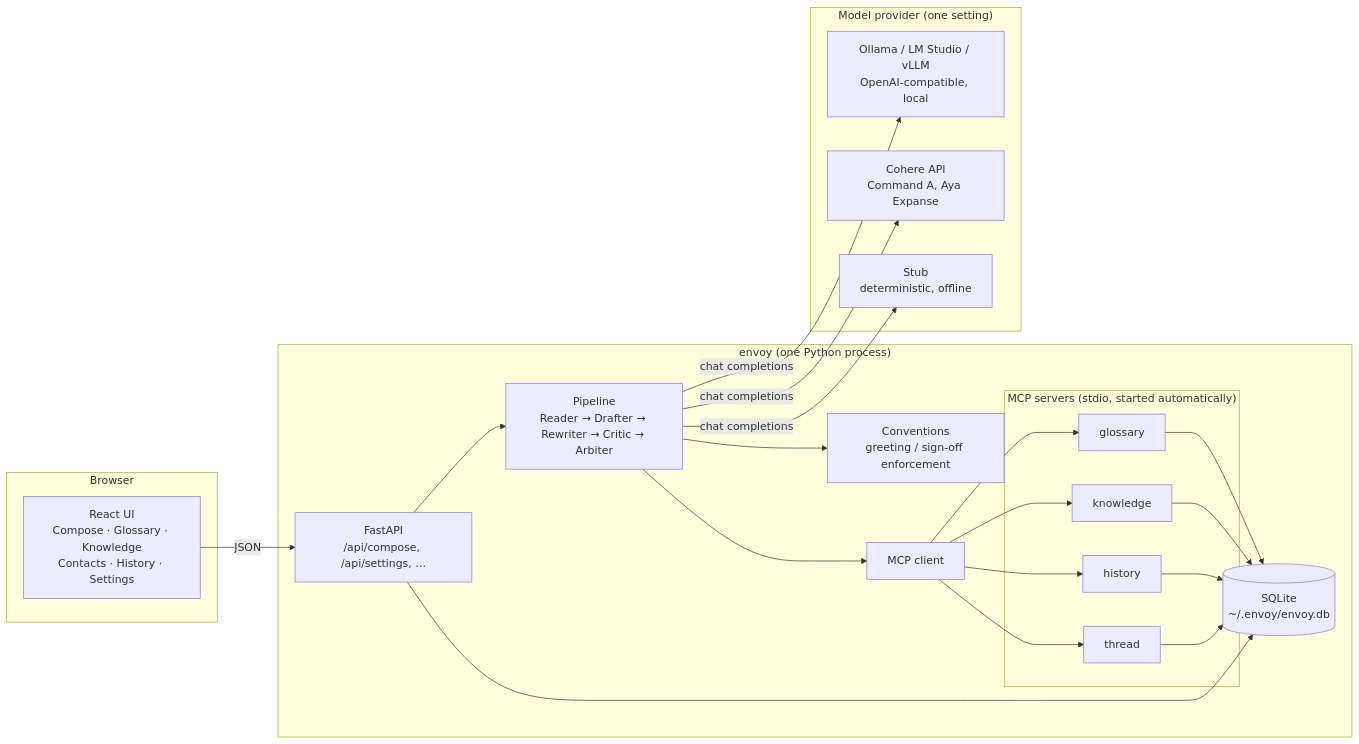
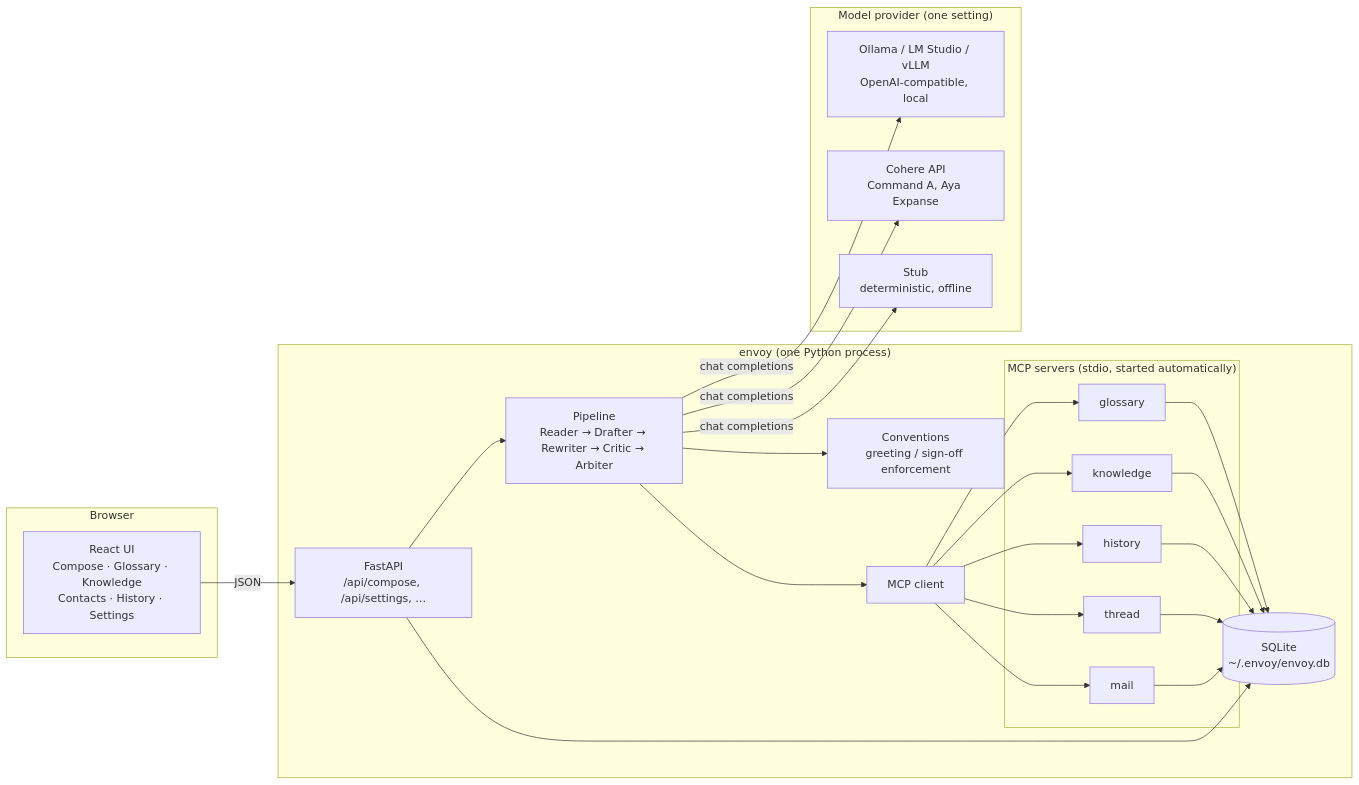
Before and after one commit to Saltef/Localect: the first of 4 diagrams in docs/ARCHITECTURE.md, drawn with Mermaid. The commit also changed other lines of this file and 31 other files, not shown here.

````diff
--- a/docs/ARCHITECTURE.md
+++ b/docs/ARCHITECTURE.md
@@ -12,34 +12,35 @@
 ```mermaid
 flowchart LR
     subgraph Browser
         UI["React UI<br/>Compose · Glossary · Knowledge<br/>Contacts · History · Settings"]
     end
 
     subgraph "envoy (one Python process)"
         API["FastAPI<br/>/api/compose, /api/settings, …"]
         PIPE["Pipeline<br/>Reader → Drafter → Rewriter → Critic → Arbiter"]
         CONV["Conventions<br/>greeting / sign-off enforcement"]
         MCPC["MCP client"]
         DB[("SQLite<br/>~/.envoy/envoy.db")]
         subgraph "MCP servers (stdio, started automatically)"
             G[glossary]
             K[knowledge]
             H[history]
             T[thread]
+            ML[mail]
         end
     end
 
     subgraph "Model provider (one setting)"
         M1["Ollama / LM Studio / vLLM<br/>OpenAI-compatible, local"]
         M2["Cohere API<br/>Command A, Aya Expanse"]
         M3["Stub<br/>deterministic, offline"]
     end
 
     UI -->|JSON| API --> PIPE
     PIPE --> CONV
-    PIPE --> MCPC --> G & K & H & T --> DB
+    PIPE --> MCPC --> G & K & H & T & ML --> DB
     API --> DB
     PIPE -->|chat completions| M1
     PIPE -->|chat completions| M2
     PIPE -->|chat completions| M3
 ```
````
